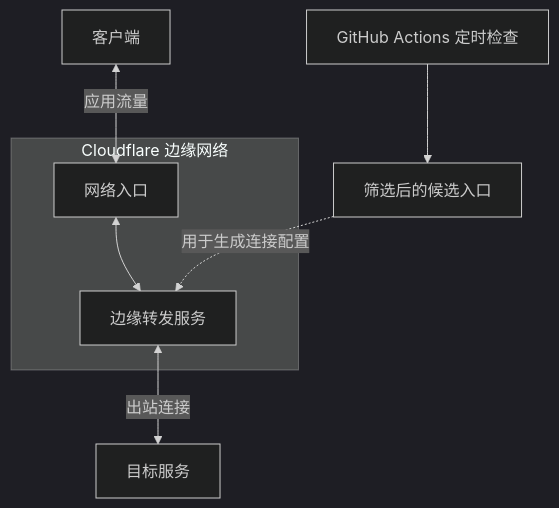
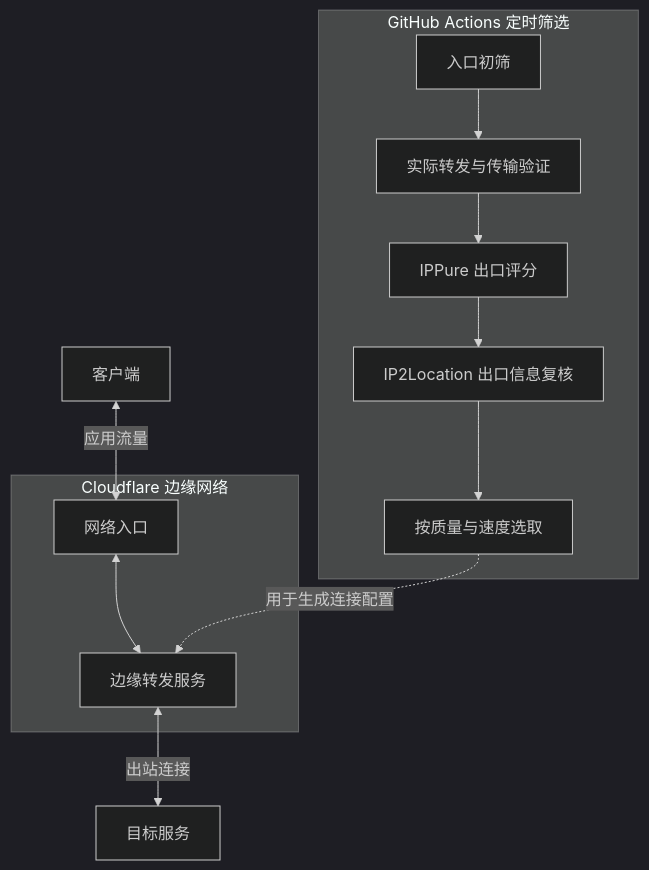
The diagram in README.md (RealRayTan/cf-preferred-ips), drawn with Mermaid (dark theme) before and after one commit. The commit also changed other lines of this file and 3 other files, not shown here.

````diff
--- a/README.md
+++ b/README.md
@@ -5,15 +7,20 @@
 ```mermaid
 flowchart TB
     client["客户端"]
     subgraph cf["Cloudflare 边缘网络"]
         entry["网络入口"]
         relay["边缘转发服务"]
         entry <--> relay
     end
     destination["目标服务"]
     client <-->|应用流量| entry
     relay <-->|出站连接| destination
 
-    schedule["GitHub Actions 定时检查"] --> candidates["筛选后的候选入口"]
+    subgraph screening["GitHub Actions 定时筛选"]
+        schedule["入口初筛"] --> test["实际转发与传输验证"]
+        test --> quality["IPPure 出口评分"]
+        quality --> verify["IP2Location 出口信息复核"]
+        verify --> candidates["按质量与速度选取"]
+    end
     candidates -.->|用于生成连接配置| relay
 ```
````
